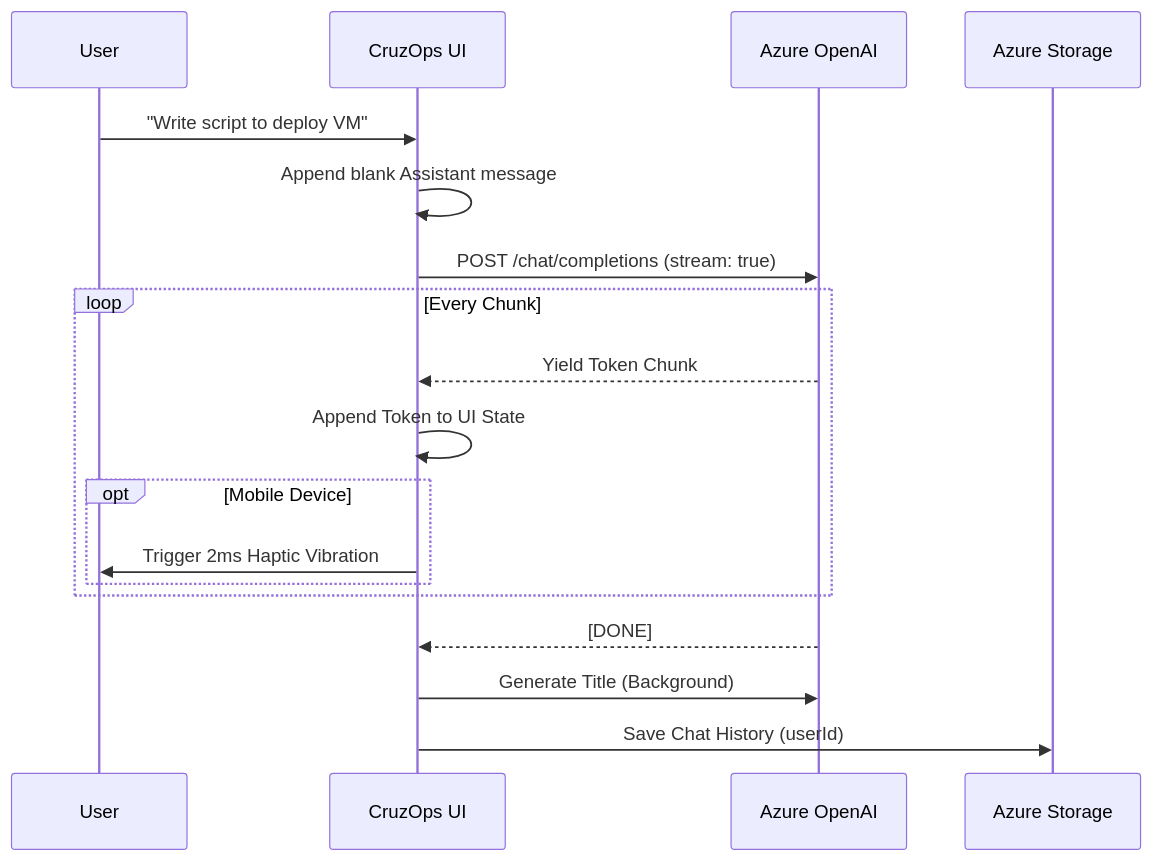
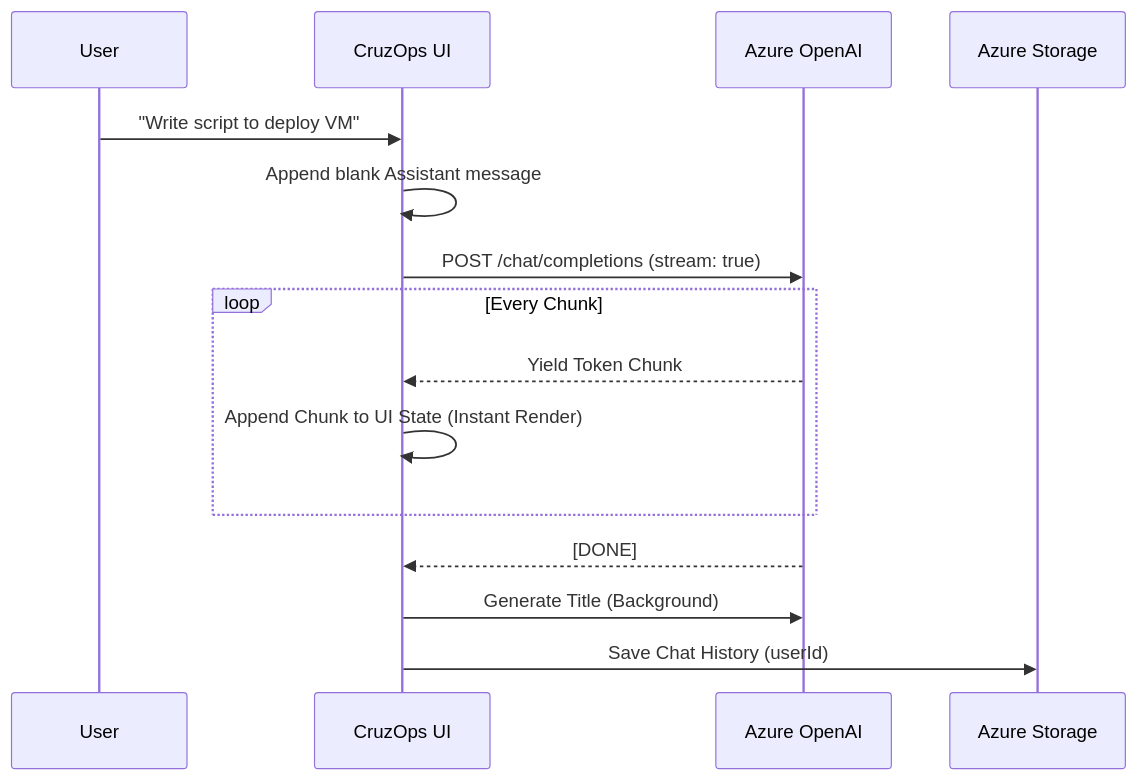
Before and after one commit to ajf013/CruzOps-AI: the second of 2 diagrams in README.md, drawn with Mermaid. The commit also changed other lines of this file, not shown here.

````diff
--- a/README.md
+++ b/README.md
@@ -80,22 +81,19 @@
 ```mermaid
 sequenceDiagram
     participant U as User
     participant A as CruzOps UI
     participant OAI as Azure OpenAI
     
     U->>A: "Write script to deploy VM"
     A->>A: Append blank Assistant message
     A->>OAI: POST /chat/completions (stream: true)
     
     loop Every Chunk
         OAI-->>A: Yield Token Chunk
-        A->>A: Append Token to UI State
-        opt Mobile Device
-            A->>U: Trigger 2ms Haptic Vibration
-        end
+        A->>A: Append Chunk to UI State (Instant Render)
     end
     
     OAI-->>A: [DONE]
     A->>OAI: Generate Title (Background)
     A->>Azure Storage: Save Chat History (userId)
 ```
````
